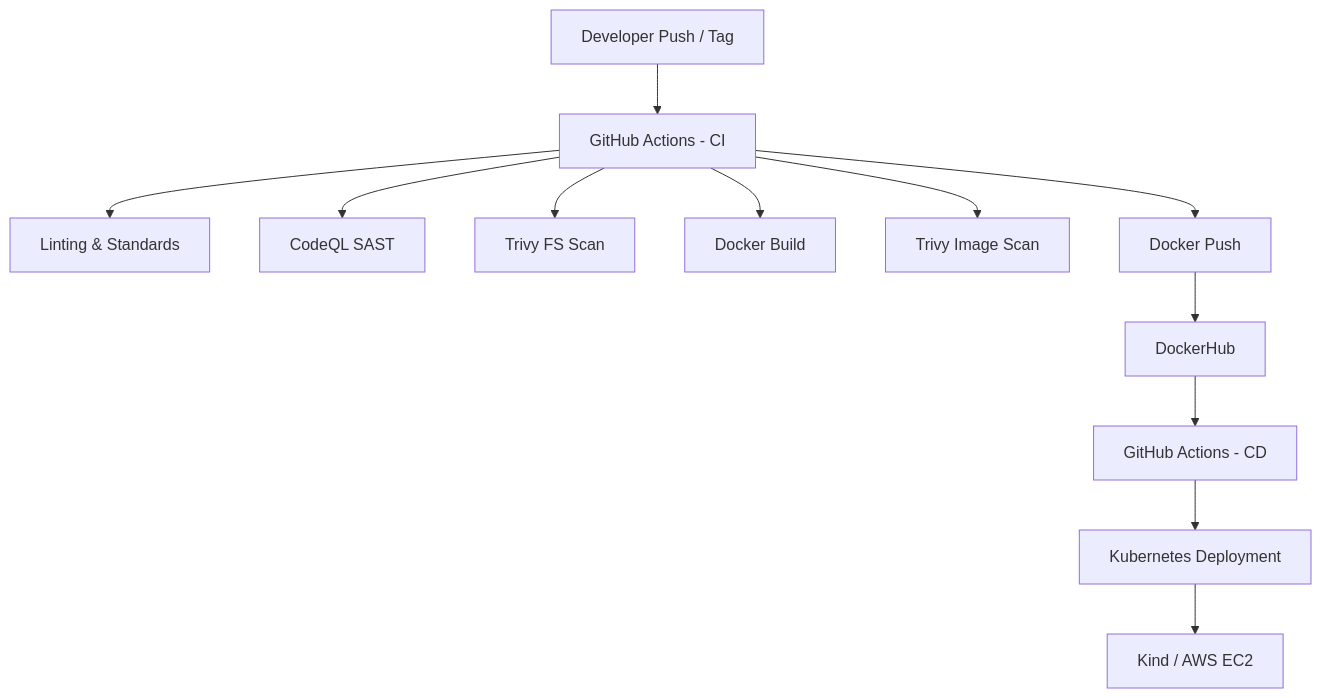
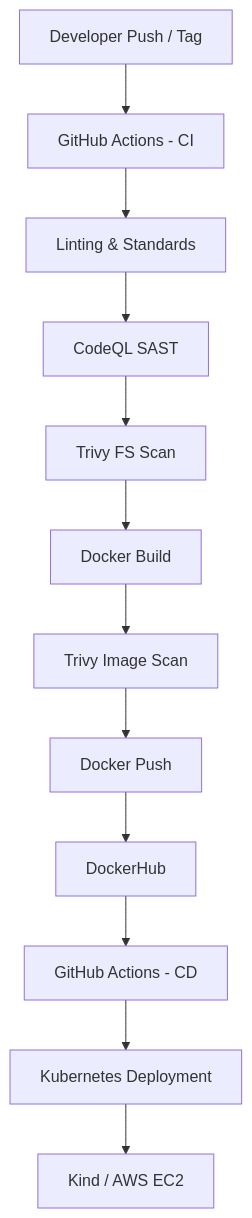
One commit to Dipti0704/DEVOPS-PORTFOLIO changed the first of 2 diagrams in proposal.md. Above: the diagram before and after it, drawn with Mermaid.

Commit message:
enhanced proposal.md file

````diff
--- a/proposal.md
+++ b/proposal.md
@@ -67,14 +67,14 @@
 ```mermaid
 graph TD
     User[Developer Push / Tag] --> CI[GitHub Actions - CI]
     CI --> Lint[Linting & Standards]
-    CI --> SAST[CodeQL SAST]
-    CI --> SCA[Trivy FS Scan]
-    CI --> Build[Docker Build]
-    CI --> Scan[Trivy Image Scan]
-    CI --> Push[Docker Push]
+    Lint --> SAST[CodeQL SAST]
+    SAST --> SCA[Trivy FS Scan]
+    SCA --> Build[Docker Build]
+    Build --> Scan[Trivy Image Scan]
+    Scan --> Push[Docker Push]
     Push --> Registry[DockerHub]
     Registry --> CD[GitHub Actions - CD]
     CD --> K8s[Kubernetes Deployment]
     K8s --> Cluster[Kind / AWS EC2]
 ```
````
